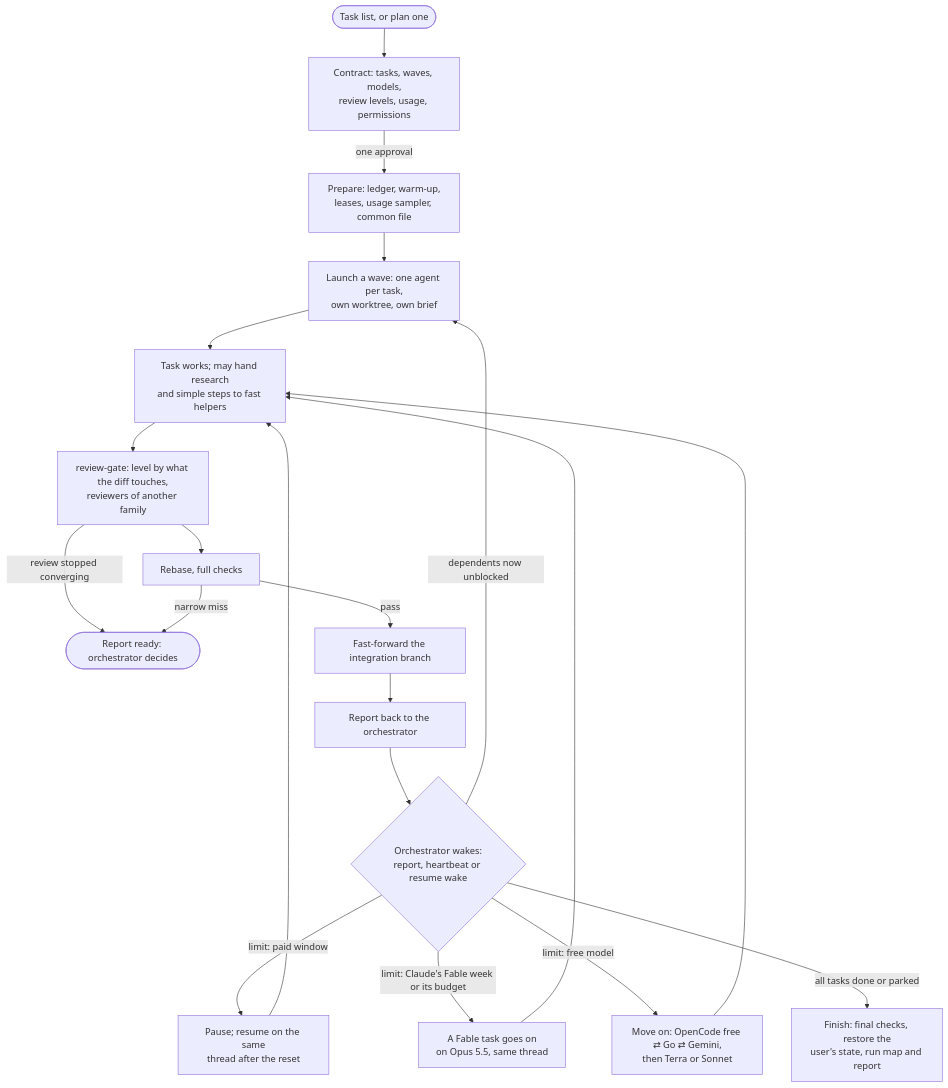
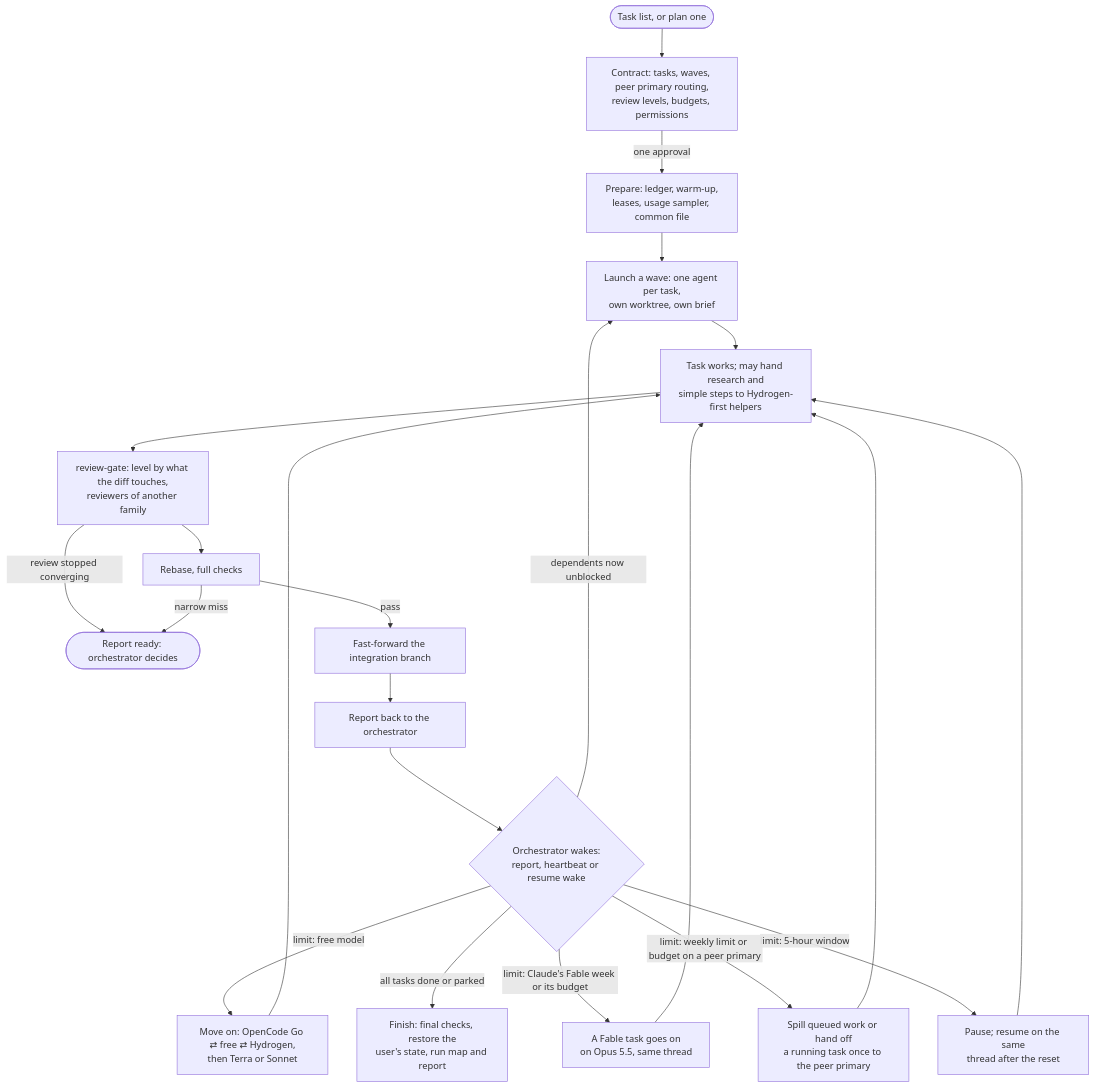
One commit to kristianbonnici/agent-skills changed the diagram in docs/skills/long-horizon-orchestrator/README.md. Above: the diagram before and after it, drawn with Mermaid. The commit also changed 10 other files, not shown here.

Commit message:
feat(long-horizon-orchestrator): 5.17.0: dual-primary routing, weekly spillover, Antigravity Claude bucket, Hydrogen-first helpers, and review-gate 8.6.0 alignment

````diff
--- a/docs/skills/long-horizon-orchestrator/README.md
+++ b/docs/skills/long-horizon-orchestrator/README.md
@@ -9,22 +9,24 @@
 ```mermaid
 flowchart TD
-  plan([Task list, or plan one]) --> contract["Contract: tasks, waves, models,<br/>review levels, usage, permissions"]
+  plan([Task list, or plan one]) --> contract["Contract: tasks, waves, peer primary routing,<br/>review levels, budgets, permissions"]
   contract -->|one approval| prep["Prepare: ledger, warm-up,<br/>leases, usage sampler, common file"]
   prep --> launch["Launch a wave: one agent per task,<br/>own worktree, own brief"]
-  launch --> work["Task works; may hand research<br/>and simple steps to fast helpers"]
+  launch --> work["Task works; may hand research and<br/>simple steps to Hydrogen-first helpers"]
   work --> gate["review-gate: level by what the diff touches,<br/>reviewers of another family"]
   gate -->|review stopped converging| ready([Report ready: orchestrator decides])
   gate --> checks["Rebase, full checks"]
   checks -->|pass| merge["Fast-forward the integration branch"]
   checks -->|narrow miss| ready
   merge --> report["Report back to the orchestrator"]
   report --> wake{"Orchestrator wakes:<br/>report, heartbeat or resume wake"}
   wake -->|dependents now unblocked| launch
-  wake -->|"limit: paid window"| pause["Pause; resume on the same<br/>thread after the reset"]
+  wake -->|"limit: 5-hour window"| pause["Pause; resume on the same<br/>thread after the reset"]
   pause --> work
+  wake -->|"limit: weekly limit or budget on a peer primary"| spillover["Spill queued work or hand off<br/>a running task once to the peer primary"]
+  spillover --> work
   wake -->|"limit: Claude's Fable week or its budget"| opus["A Fable task goes on<br/>on Opus 5.5, same thread"]
   opus --> work
-  wake -->|"limit: free model"| move["Move on: OpenCode free ⇄ Go ⇄ Gemini,<br/>then Terra or Sonnet"]
+  wake -->|"limit: free model"| move["Move on: OpenCode Go ⇄ free ⇄ Hydrogen,<br/>then Terra or Sonnet"]
   move --> work
   wake -->|all tasks done or parked| finish["Finish: final checks, restore the<br/>user's state, run map and report"]
 ```
````
